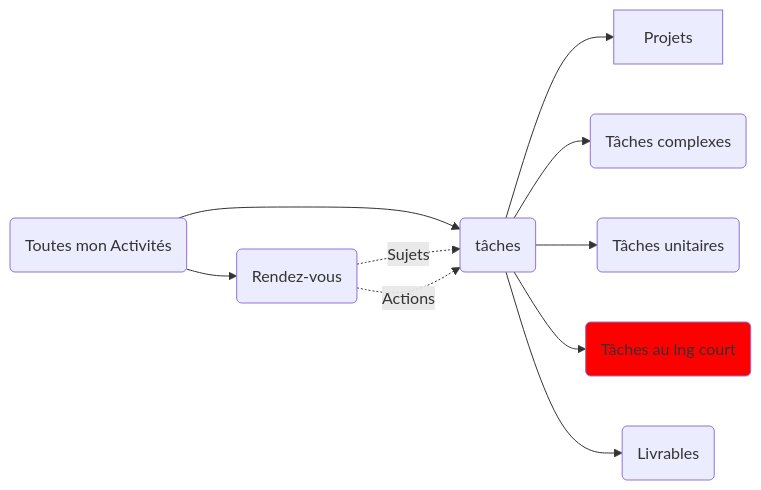
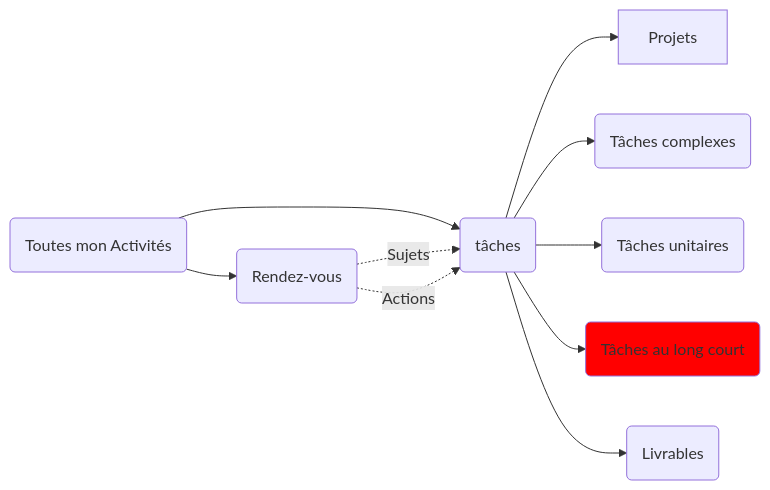
The seventh of 8 diagrams in README.md (valnet91/Bash), drawn with Mermaid before and after one commit. The commit also changed other lines of this file, not shown here.

````diff
--- a/README.md
+++ b/README.md
@@ -59,12 +59,12 @@
 ```mermaid
 flowchart LR
 	classDef rouge fill: #F00
 A(Toutes mon Activités) --> B(tâches)
 B --> Projets & C(Tâches complexes) & D(Tâches unitaires)
-B --> E(Tâches au lng court):::rouge
+B --> E(Tâches au long court):::rouge
 B --> F(Livrables)
 
 A --> G(Rendez-vous)
 G -. Sujets .-> B
 G -. Actions .-> B
 ```
````
